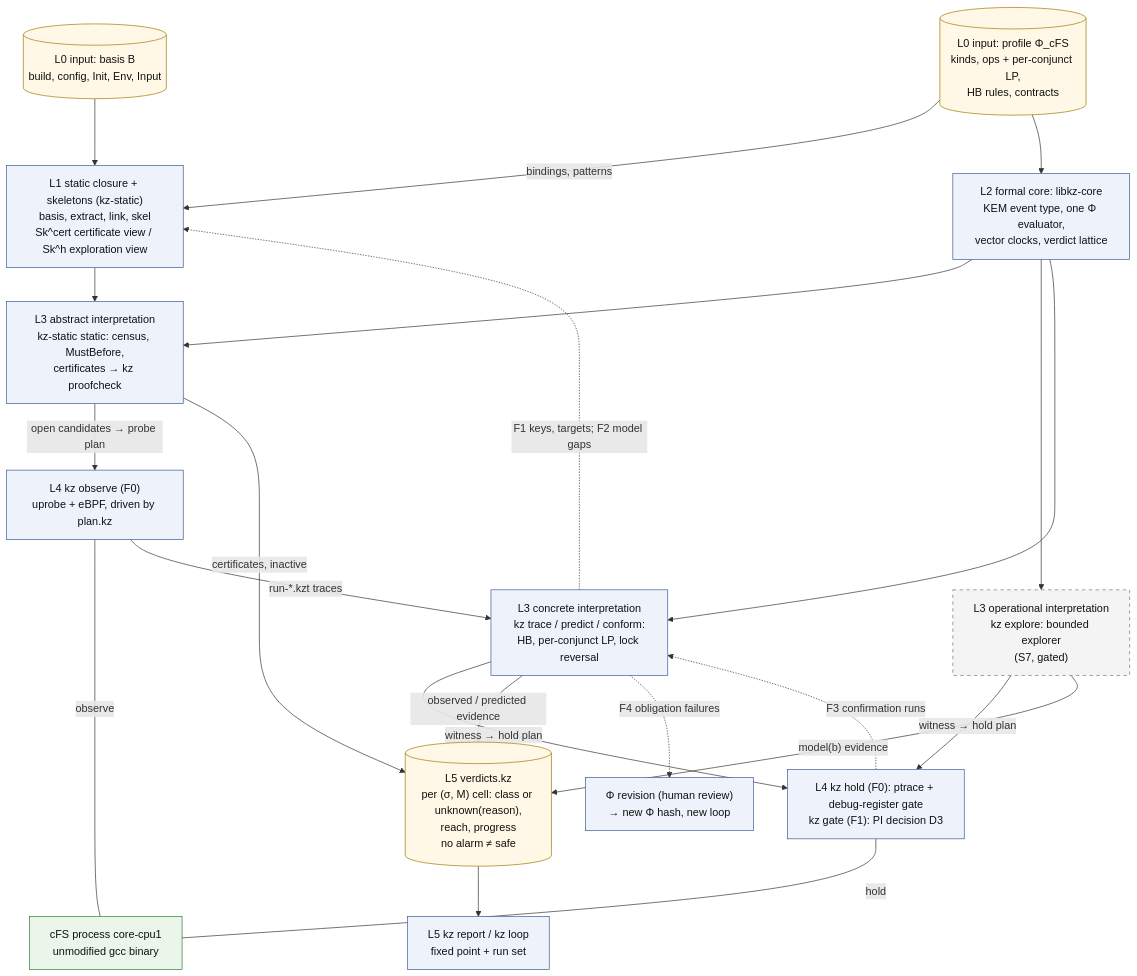
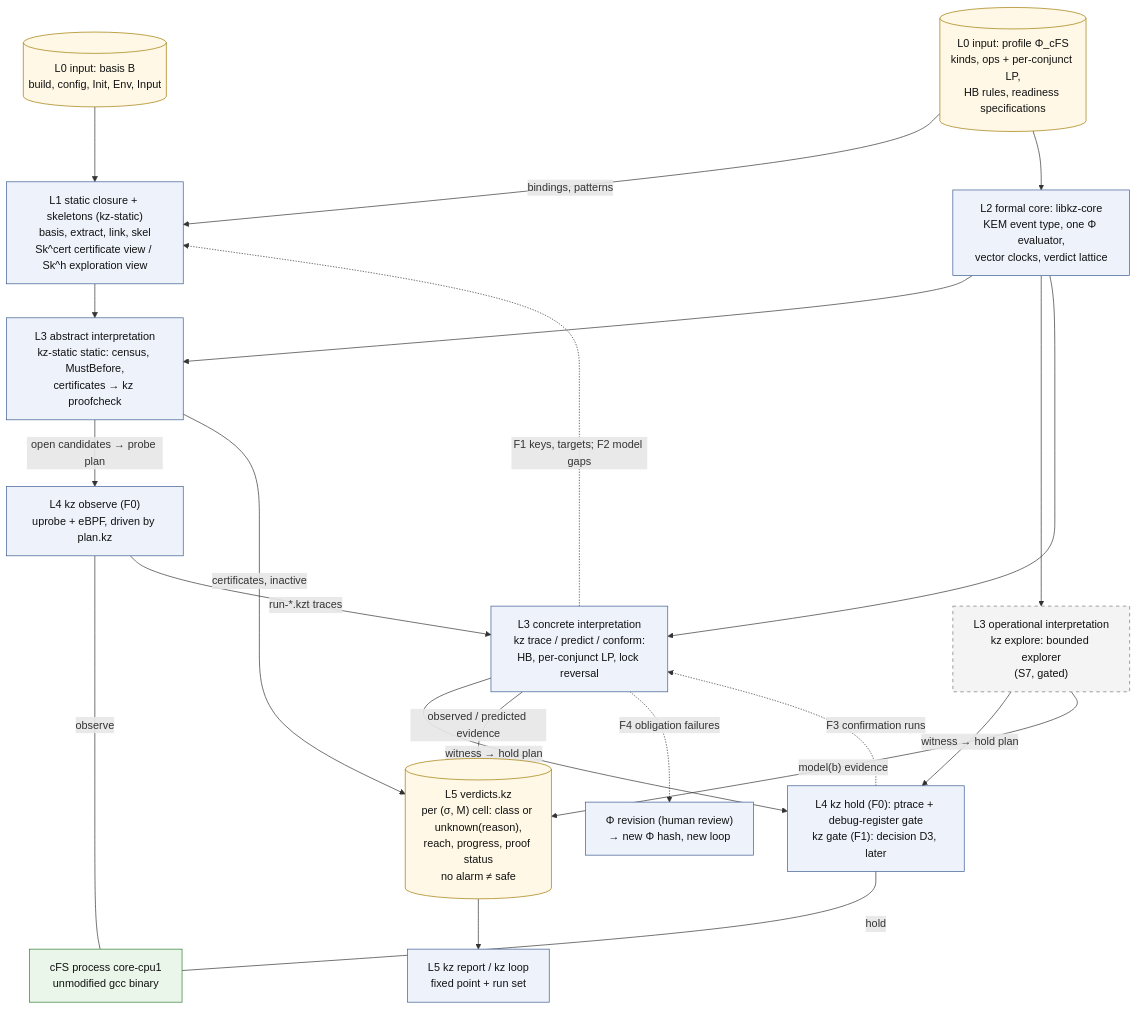
Before and after one commit to wookjaeya/Shape-Perf: the diagram in research/cfs_procrace/Architecture/01_overview.md, drawn with Mermaid. The commit also changed other lines of this file and 309 other files, not shown here.

````diff
--- a/research/cfs_procrace/Architecture/01_overview.md
+++ b/research/cfs_procrace/Architecture/01_overview.md
@@ -253,56 +316,56 @@
 ```mermaid
 flowchart TD
     %% D0 - Kairos big picture (one screen). Sources: spec §0.1-0.2, §2.1, §2.4, §4.14.
     %% Dashed border = PI-gated or late-stage component. Dashed edge = feedback path (F1-F4).
 
     B[("L0 input: basis B<br/>build, config, Init, Env, Input")]
-    PHI[("L0 input: profile Φ_cFS<br/>kinds, ops + per-conjunct LP,<br/>HB rules, contracts")]
+    PHI[("L0 input: profile Φ_cFS<br/>kinds, ops + per-conjunct LP,<br/>HB rules, readiness specifications")]
 
     CLO["L1 static closure + skeletons (kz-static)<br/>basis, extract, link, skel<br/>Sk^cert certificate view / Sk^h exploration view"]
     CORE["L2 formal core: libkz-core<br/>KEM event type, one Φ evaluator,<br/>vector clocks, verdict lattice"]
 
     ABS["L3 abstract interpretation<br/>kz-static static: census, MustBefore,<br/>certificates → kz proofcheck"]
     OPR["L3 operational interpretation<br/>kz explore: bounded explorer<br/>(S7, gated)"]
 
     OBS["L4 kz observe (F0)<br/>uprobe + eBPF, driven by plan.kz"]
     BIN["cFS process core-cpu1<br/>unmodified gcc binary"]
 
     CON["L3 concrete interpretation<br/>kz trace / predict / conform:<br/>HB, per-conjunct LP, lock reversal"]
 
-    HOLD["L4 kz hold (F0): ptrace + debug-register gate<br/>kz gate (F1): PI decision D3"]
+    HOLD["L4 kz hold (F0): ptrace + debug-register gate<br/>kz gate (F1): decision D3, later"]
 
-    VER[("L5 verdicts.kz<br/>per (σ, M) cell: class or unknown(reason),<br/>reach, progress<br/>no alarm ≠ safe")]
+    VER[("L5 verdicts.kz<br/>per (σ, M) cell: class or unknown(reason),<br/>reach, progress, proof status<br/>no alarm ≠ safe")]
     REP["L5 kz report / kz loop<br/>fixed point + run set"]
     FIX["Φ revision (human review)<br/>→ new Φ hash, new loop"]
 
     B --> CLO
     PHI -->|"bindings, patterns"| CLO
     PHI --> CORE
     CLO --> ABS
     CORE --> ABS
     CORE --> OPR
     CORE --> CON
     ABS -->|"open candidates → probe plan"| OBS
     OBS ---|"observe"| BIN
     OBS -->|"run-*.kzt traces"| CON
     CON -->|"witness → hold plan"| HOLD
     OPR -->|"witness → hold plan"| HOLD
     HOLD ---|"hold"| BIN
     ABS -->|"certificates, inactive"| VER
     CON -->|"observed / predicted evidence"| VER
     OPR -->|"model(b) evidence"| VER
     VER --> REP
 
     HOLD -.->|"F3 confirmation runs"| CON
     CON -.->|"F1 keys, targets; F2 model gaps"| CLO
     CON -.->|"F4 obligation failures"| FIX
 
     classDef comp fill:#eef3fb,stroke:#3b5b92,color:#111
     classDef art fill:#fff8e6,stroke:#a07a00,color:#111
     classDef gated fill:#f4f4f4,stroke:#777,stroke-dasharray:5 5,color:#111
     classDef bin fill:#eaf6ea,stroke:#2e7d32,color:#111
     class CLO,CORE,ABS,CON,OBS,HOLD,REP,FIX comp
     class B,PHI,VER art
     class OPR gated
     class BIN bin
 ```
````
